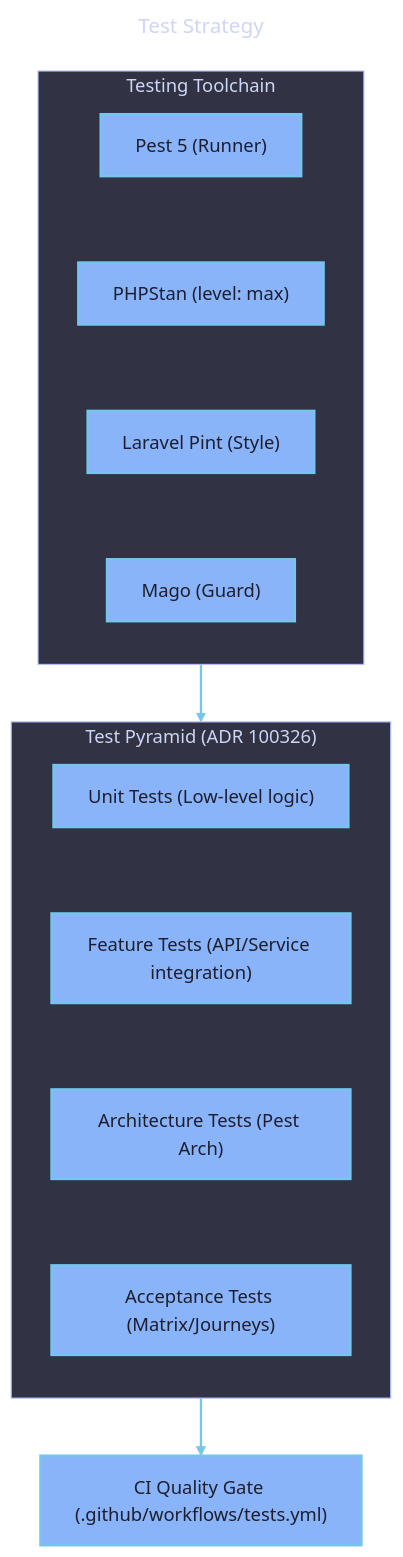
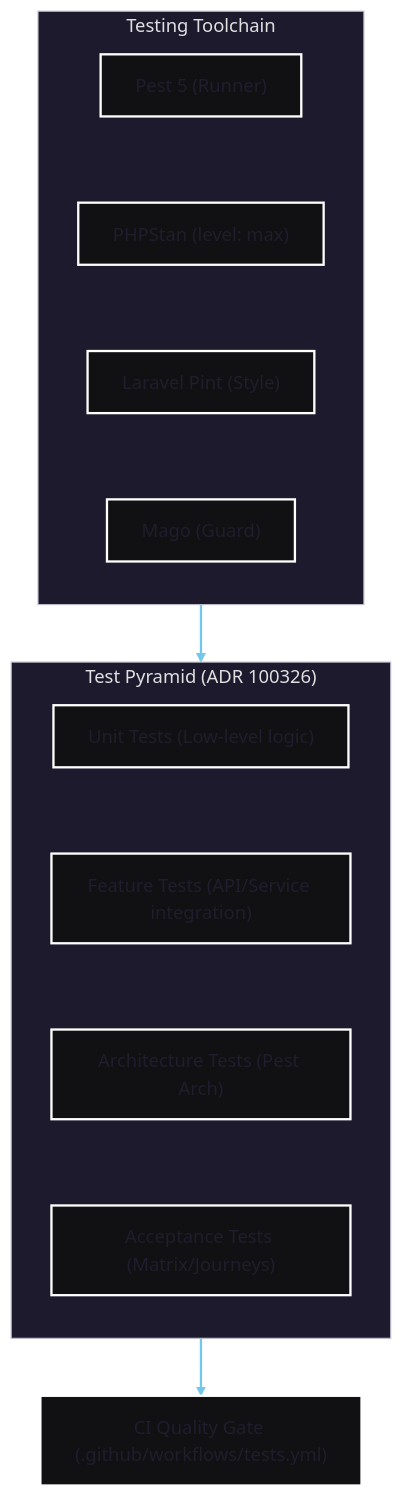
One commit to s-a-c/samples-20260717 changed the second of 2 diagrams in docs/06-requirements/0608-non-functional-requirements.md. Above: the diagram before and after it, drawn with Mermaid. The commit also changed other lines of this file and 2157 other files, not shown here.

````diff
--- a/docs/06-requirements/0608-non-functional-requirements.md
+++ b/docs/06-requirements/0608-non-functional-requirements.md
@@ -141,57 +120,37 @@
 ```mermaid
 ---
-title: Test Strategy
 config:
   theme: redux-dark-color
   themeVariables:
     background: "#1e1e2e"
     primaryColor: "#89b4fa"
     primaryTextColor: "#1e1e2e"
     primaryBorderColor: "#74c7ec"
     lineColor: "#74c7ec"
-    secondaryColor: "#cba6f7"
-    secondaryTextColor: "#1e1e2e"
-    secondaryBorderColor: "#b4befe"
-    tertiaryColor: "#94e2d5"
-    tertiaryTextColor: "#1e1e2e"
-    tertiaryBorderColor: "#89dceb"
-    mainBkg: "#89b4fa"
-    secondBkg: "#cba6f7"
-    tertiaryBkg: "#94e2d5"
     textColor: "#cdd6f4"
-    nodeBorder: "#74c7ec"
-    clusterBkg: "#313244"
-    clusterBorder: "#b4befe"
-    edgeLabelBackground: "#1e1e2e"
-    titleColor: "#cdd6f4"
     fontSize: 16px
-  themeCSS: |
-    .node rect, .node circle, .node ellipse, .node polygon, .node path { stroke-width: 2px !important; }
-    .edgePath .path { stroke-width: 2px !important; }
-    .label { font-weight: bold !important; }
-    .edgeLabel { background-color: #1e1e2e !important; }
 ---
 flowchart TD
     subgraph Pyramid["Test Pyramid (ADR 100326)"]
         direction TB
         Unit["Unit Tests (Low-level logic)"]
         Feature["Feature Tests (API/Service integration)"]
         Arch["Architecture Tests (Pest Arch)"]
         Acceptance["Acceptance Tests (Matrix/Journeys)"]
 
         Unit ~~~ Feature ~~~ Arch ~~~ Acceptance
     end
 
     subgraph Tools["Testing Toolchain"]
         direction TB
         Pest["Pest 5 (Runner)"]
         Larastan["PHPStan (level: max)"]
         Pint["Laravel Pint (Style)"]
         Mago["Mago (Guard)"]
 
         Pest ~~~ Larastan ~~~ Pint ~~~ Mago
     end
 
     Tools --> Pyramid
     Pyramid --> CI["CI Quality Gate (.github/workflows/tests.yml)"]
 ```
````
